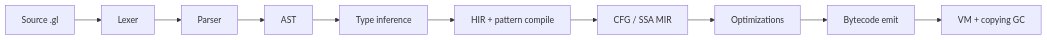
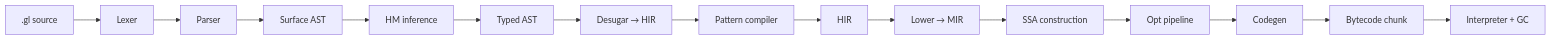
One commit to Aneesh495/glyph changed the first of 2 diagrams in docs/architecture.md. Above: the diagram before and after it, drawn with Mermaid. The commit also changed other lines of this file and 31 other files, not shown here.

````diff
--- a/docs/architecture.md
+++ b/docs/architecture.md
@@ -9,12 +17,17 @@
 ```mermaid
 flowchart LR
-  SRC["Source .gl"] --> LEX[Lexer]
+  SRC[".gl source"] --> LEX[Lexer]
   LEX --> PAR[Parser]
-  PAR --> AST[AST]
-  AST --> HM[Type inference]
-  HM --> HIR[HIR + pattern compile]
-  HIR --> MIR[CFG / SSA MIR]
-  MIR --> OPT[Optimizations]
-  OPT --> BC[Bytecode emit]
-  BC --> VM[VM + copying GC]
+  PAR --> AST[Surface AST]
+  AST --> HM[HM inference]
+  HM --> TAST[Typed AST]
+  TAST --> DES[Desugar → HIR]
+  DES --> PAT[Pattern compiler]
+  PAT --> HIR[HIR]
+  HIR --> LOW[Lower → MIR]
+  LOW --> SSA[SSA construction]
+  SSA --> OPT[Opt pipeline]
+  OPT --> EMIT[Codegen]
+  EMIT --> BC[Bytecode chunk]
+  BC --> VM[Interpreter + GC]
 ```
````
